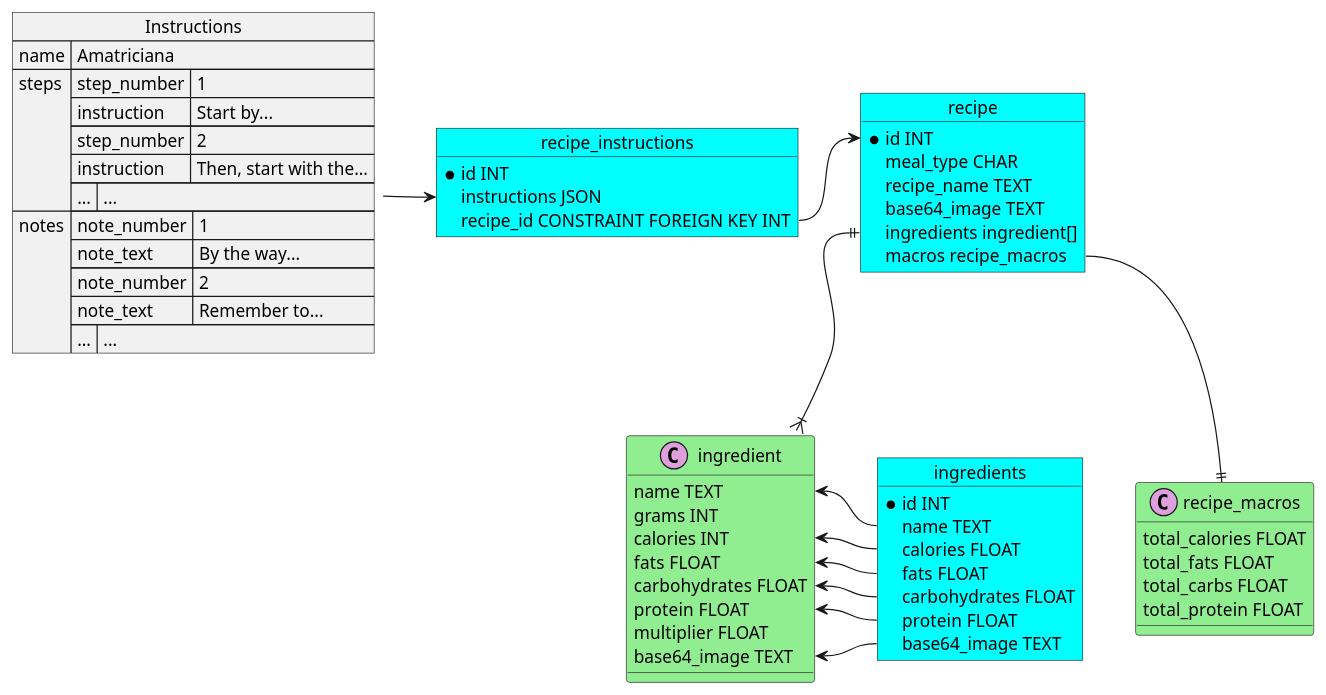
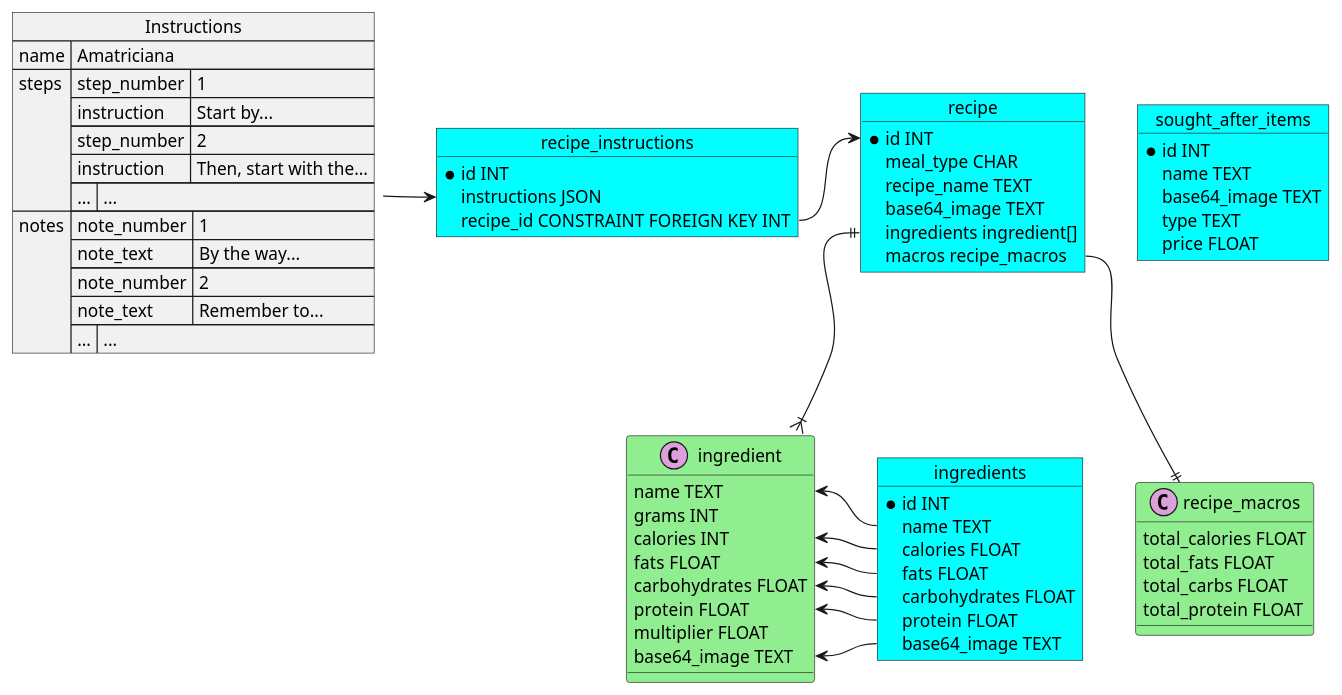
One commit to LegendsAndreas/kitchen-app changed the first of 2 diagrams in DatabaseDiagram.puml. Above: the diagram before and after it, drawn with PlantUML. The commit also changed 6 other files, not shown here.

```diff
--- a/DatabaseDiagram.puml
+++ b/DatabaseDiagram.puml
@@ -1,100 +1,108 @@
 @startuml
 skinparam class{
     BackgroundColor LightGreen
 }
 
 skinparam object{
     BackgroundColor Cyan
 }
 
 skinparam json{
     BackgroundColor LightGreen
 }
 
 object recipe {
     * id INT
     meal_type CHAR
     recipe_name TEXT
     base64_image TEXT
     ingredients ingredient[]
     macros recipe_macros
 }
 
 class ingredient <<(C,plum)>>{
     name TEXT
     grams INT
     calories INT
     fats FLOAT
     carbohydrates FLOAT
     protein FLOAT
     multiplier FLOAT
     base64_image TEXT
 }
 
 class recipe_macros <<(C,plum)>>{
     total_calories FLOAT
     total_fats FLOAT
     total_carbs FLOAT
     total_protein FLOAT
 }
 
 recipe::ingredient ||--|{ ingredient
 recipe::macros --|| recipe_macros
 
 object recipe_instructions{
     * id INT
     instructions JSON
     recipe_id CONSTRAINT FOREIGN KEY INT
 }
 
 object ingredients{
     * id INT
     name TEXT
     calories FLOAT
     fats FLOAT
     carbohydrates FLOAT
     protein FLOAT
     base64_image TEXT
 }
 
+object sought_after_items{
+    * id INT
+    name TEXT
+    base64_image TEXT
+    type TEXT
+    price FLOAT
+}
+
 json Instructions{
     "name":"Amatriciana",
     "steps": [
     {
         "step_number":1,
         "instruction": "Start by..."
     },
     {
         "step_number":2,
         "instruction": "Then, start with the..."
     },
     {
         "...":"..."
     }
     ],
     
     "notes": [
     {
         "note_number":1,
         "note_text": "By the way..."
     },
     {
         "note_number":2,
         "note_text": "Remember to..."
     },
     {
         "...":"..."
     }
     ]
 }
 
 recipe_instructions::recipe_id -> recipe::id
 Instructions -> recipe_instructions::instructions
 
 ingredient::name <- ingredients::name
 ingredient::calories <- ingredients::calories
 ingredient::fats <- ingredients::fats
 ingredient::carbohydrates <- ingredients::carbohydrates
 ingredient::protein <- ingredients::protein
 ingredient::base64_image <- ingredients::base64_image
 @enduml
```
